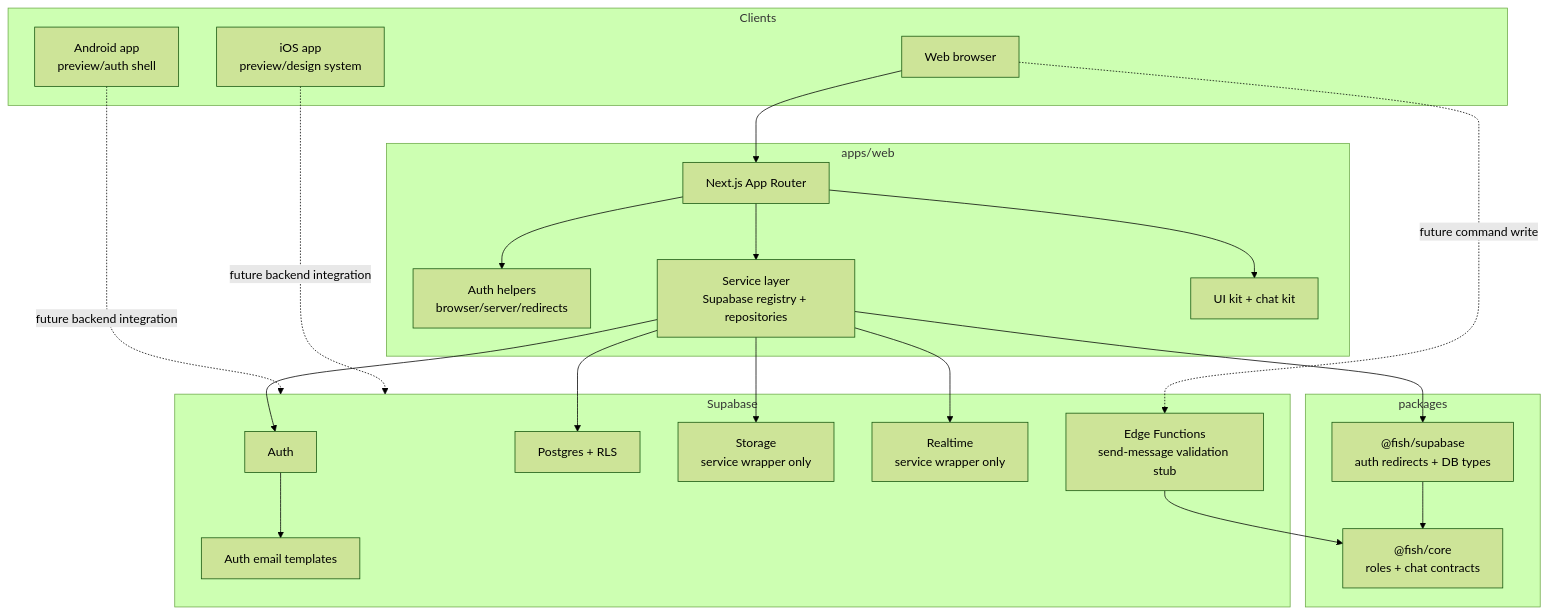
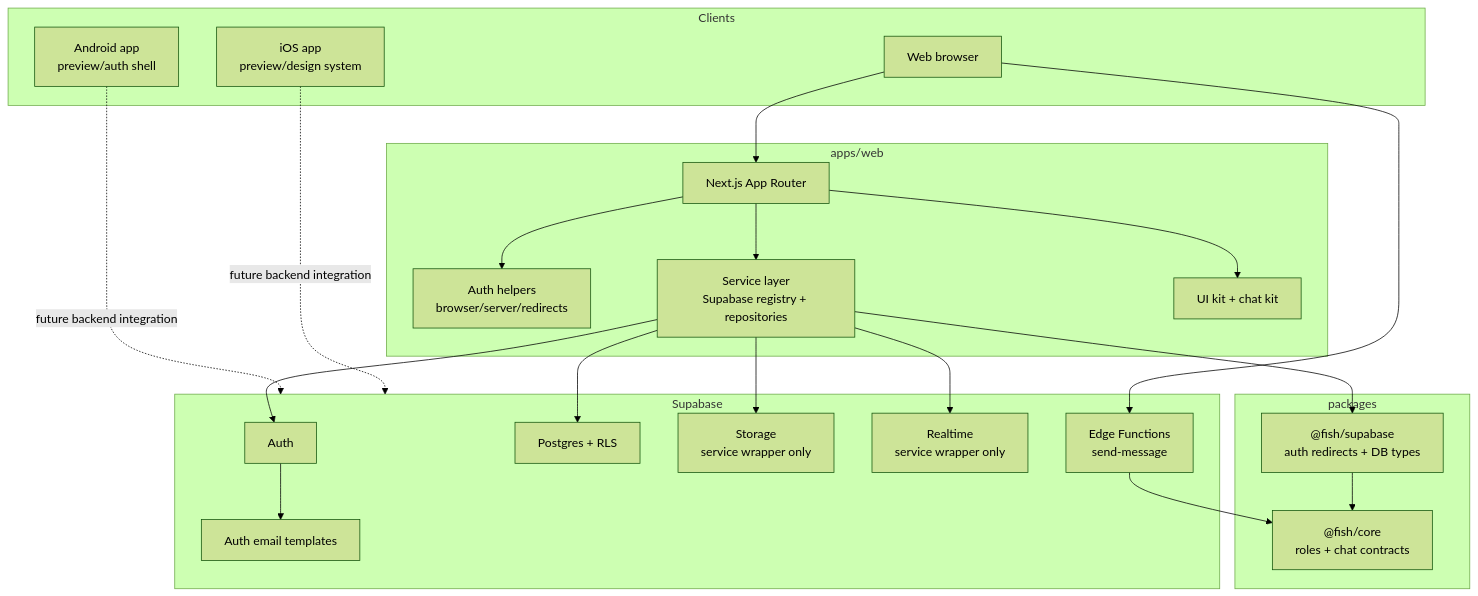
Before and after one commit to franzev/fish: the first of 5 diagrams in docs/ARCHITECTURE.md, drawn with Mermaid (forest theme). The commit also changed other lines of this file and 86 other files, not shown here.

Commit message:
chore(260706-rsd): remove unvalidated learning flows

````diff
--- a/docs/ARCHITECTURE.md
+++ b/docs/ARCHITECTURE.md
@@ -32,45 +33,45 @@
 ```mermaid
 flowchart TB
   subgraph Clients
     Browser["Web browser"]
     Android["Android app\npreview/auth shell"]
     IOS["iOS app\npreview/design system"]
   end
 
   subgraph Web["apps/web"]
     AppRouter["Next.js App Router"]
     AuthHelpers["Auth helpers\nbrowser/server/redirects"]
     Services["Service layer\nSupabase registry + repositories"]
     UI["UI kit + chat kit"]
   end
 
   subgraph Shared["packages"]
     Core["@fish/core\nroles + chat contracts"]
     SupabasePkg["@fish/supabase\nauth redirects + DB types"]
   end
 
   subgraph Supabase["Supabase"]
     Auth["Auth"]
     DB["Postgres + RLS"]
     Storage["Storage\nservice wrapper only"]
     Realtime["Realtime\nservice wrapper only"]
-    Edge["Edge Functions\nsend-message validation stub"]
+    Edge["Edge Functions\nsend-message"]
     Email["Auth email templates"]
   end
 
   Browser --> AppRouter
   AppRouter --> AuthHelpers
   AppRouter --> Services
   AppRouter --> UI
   Services --> SupabasePkg
   SupabasePkg --> Core
   Edge --> Core
   Services --> Auth
   Services --> DB
   Services --> Storage
   Services --> Realtime
-  Browser -.future command write.-> Edge
+  Browser --> Edge
   Android -.future backend integration.-> Supabase
   IOS -.future backend integration.-> Supabase
   Auth --> Email
 ```
````
